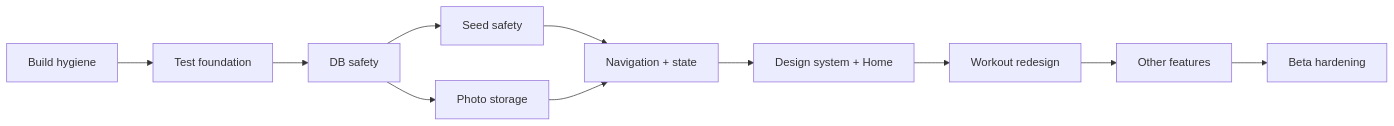
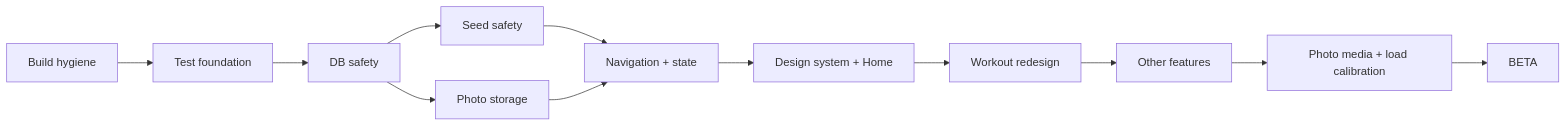
One commit to MehmetKucukOfficial/GymTracker changed the diagram in docs/obsidian/moc/MOC_ROADMAP.md. Above: the diagram before and after it, drawn with Mermaid. The commit also changed other lines of this file and 14 other files, not shown here.

Commit message:
Update graph for PR13 media calibration

````diff
--- a/docs/obsidian/moc/MOC_ROADMAP.md
+++ b/docs/obsidian/moc/MOC_ROADMAP.md
@@ -19,13 +19,14 @@
 ```mermaid
 flowchart LR
     P1[Build hygiene] --> P2[Test foundation]
     P2 --> P3[DB safety]
     P3 --> P4[Seed safety]
     P3 --> P5[Photo storage]
     P4 --> P6[Navigation + state]
     P5 --> P6
     P6 --> DS[Design system + Home]
     DS --> WO[Workout redesign]
     WO --> REST[Other features]
-    REST --> BETA[Beta hardening]
+    REST --> MEDIA[Photo media + load calibration]
+    MEDIA --> BETA
 ```
````
